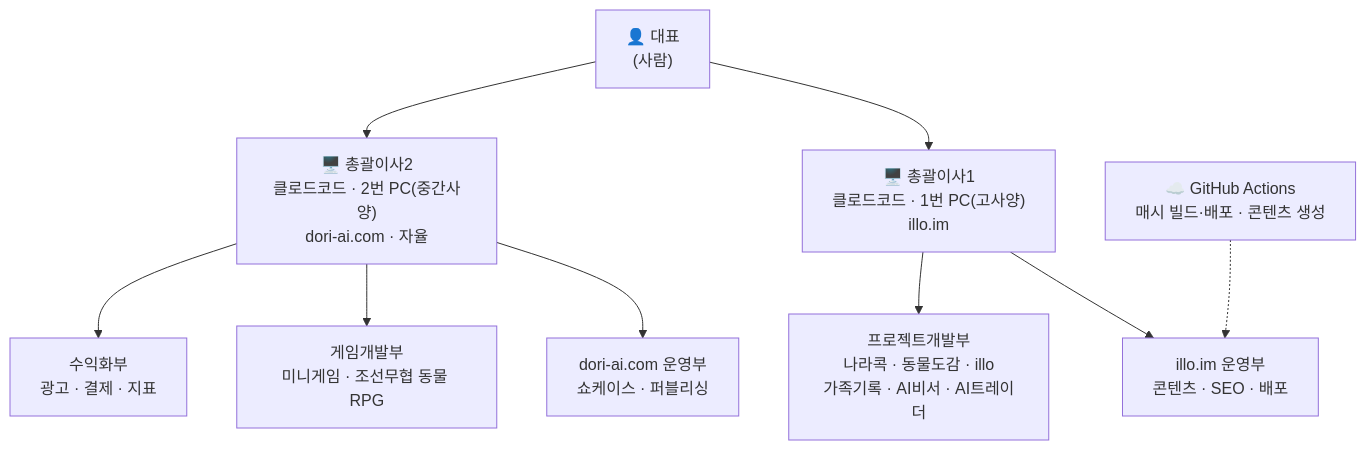
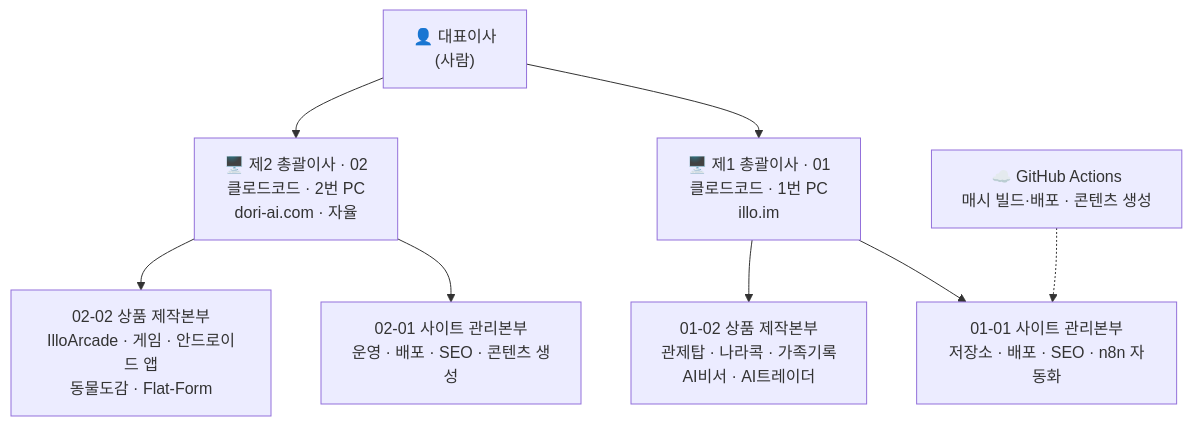
Before and after one commit to lhaa0130-hash/dori-ai: the diagram in docs/ai-org-plan.md, drawn with Mermaid. The commit also changed other lines of this file and 2 other files, not shown here.

````diff
--- a/docs/ai-org-plan.md
+++ b/docs/ai-org-plan.md
@@ -35,16 +43,15 @@
 ```mermaid
 graph TD
-    CEO["👤 대표<br/>(사람)"]
+    CEO["👤 대표이사<br/>(사람)"]
 
-    CEO --> D1["🖥️ 총괄이사1<br/>클로드코드 · 1번 PC(고사양)<br/>illo.im"]
-    CEO --> D2["🖥️ 총괄이사2<br/>클로드코드 · 2번 PC(중간사양)<br/>dori-ai.com · 자율"]
+    CEO --> D1["🖥️ 제1 총괄이사 · 01<br/>클로드코드 · 1번 PC<br/>illo.im"]
+    CEO --> D2["🖥️ 제2 총괄이사 · 02<br/>클로드코드 · 2번 PC<br/>dori-ai.com · 자율"]
 
-    D1 --> D1A["illo.im 운영부<br/>콘텐츠 · SEO · 배포"]
-    D1 --> D1B["프로젝트개발부<br/>나라콕 · 동물도감 · illo<br/>가족기록 · AI비서 · AI트레이더"]
+    D1 --> B0101["01-01 사이트 관리본부<br/>저장소 · 배포 · SEO · n8n 자동화"]
+    D1 --> B0102["01-02 상품 제작본부<br/>관제탑 · 나라콕 · 가족기록<br/>AI비서 · AI트레이더"]
 
-    D2 --> D2A["dori-ai.com 운영부<br/>쇼케이스 · 퍼블리싱"]
-    D2 --> D2B["게임개발부<br/>미니게임 · 조선무협 동물 RPG"]
-    D2 --> D2C["수익화부<br/>광고 · 결제 · 지표"]
+    D2 --> B0201["02-01 사이트 관리본부<br/>운영 · 배포 · SEO · 콘텐츠 생성"]
+    D2 --> B0202["02-02 상품 제작본부<br/>IlloArcade · 게임 · 안드로이드 앱<br/>동물도감 · Flat-Form"]
 
-    CI["☁️ GitHub Actions<br/>매시 빌드·배포 · 콘텐츠 생성"] -.-> D1A
+    CI["☁️ GitHub Actions<br/>매시 빌드·배포 · 콘텐츠 생성"] -.-> B0101
 ```
````
